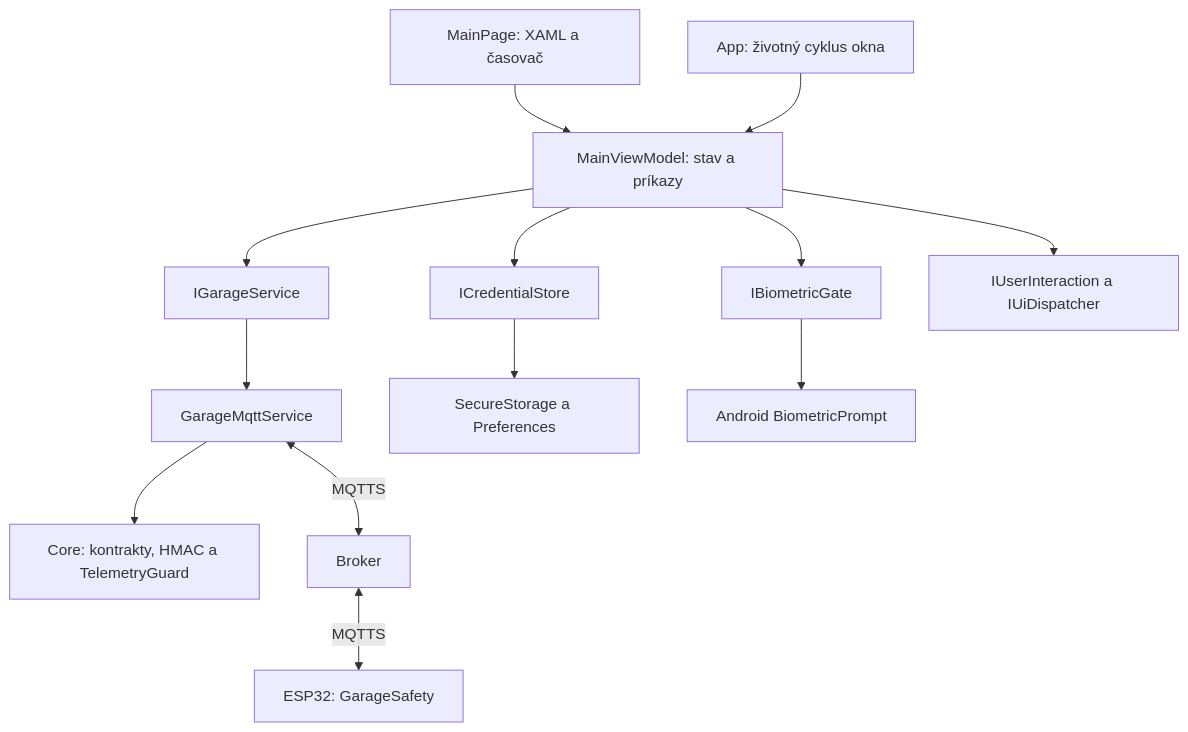
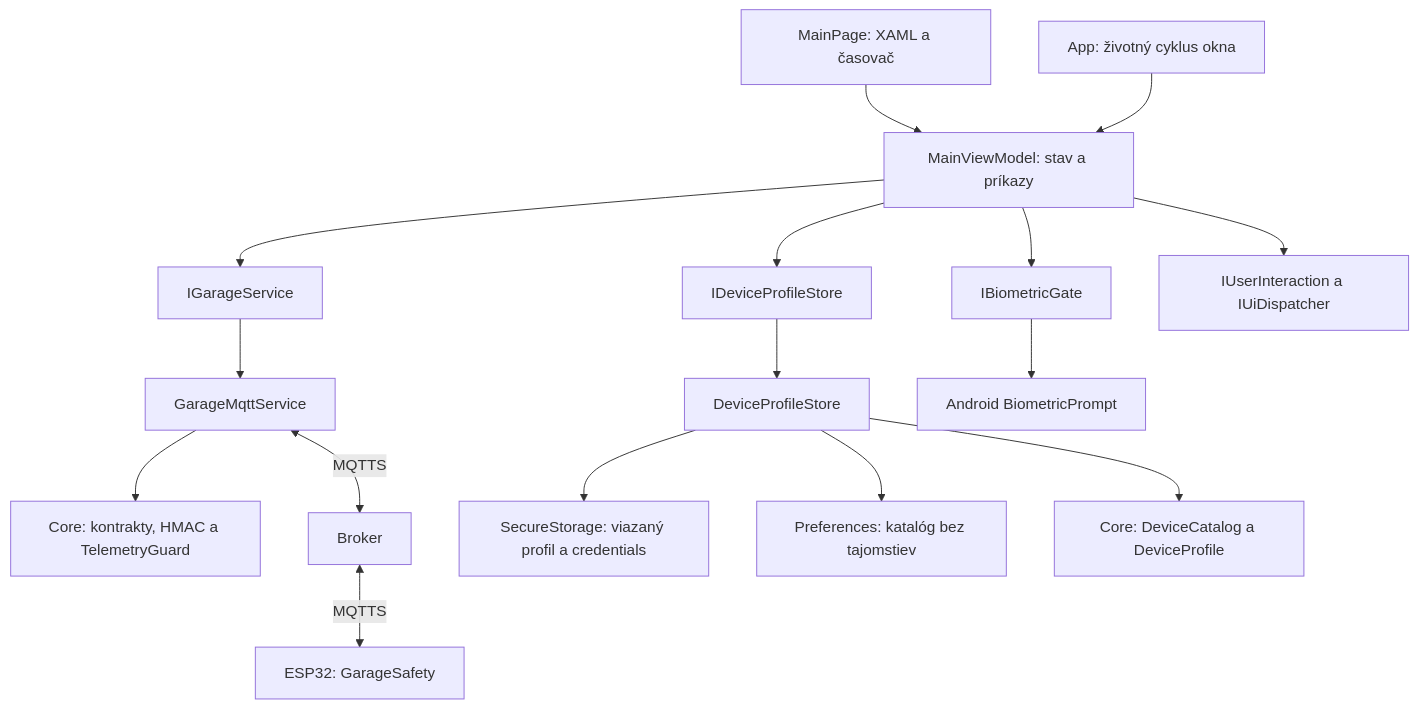
The diagram in docs/ARCHITECTURE.md (JJPukac/AIGarage), drawn with Mermaid before and after one commit. The commit also changed other lines of this file and 28 other files, not shown here.

Commit message:
Add configurable device profiles and isolated session safety

````diff
--- a/docs/ARCHITECTURE.md
+++ b/docs/ARCHITECTURE.md
@@ -9,15 +10,18 @@
 ```mermaid
 flowchart TD
     Page[MainPage: XAML a časovač] --> VM[MainViewModel: stav a príkazy]
     App[App: životný cyklus okna] --> VM
     VM --> Garage[IGarageService]
     Garage --> Mqtt[GarageMqttService]
     Mqtt --> Core[Core: kontrakty, HMAC a TelemetryGuard]
     Mqtt <-->|MQTTS| Broker[Broker]
     Broker <-->|MQTTS| ESP[ESP32: GarageSafety]
-    VM --> Cred[ICredentialStore]
-    Cred --> Secure[SecureStorage a Preferences]
+    VM --> Profiles[IDeviceProfileStore]
+    Profiles --> Store[DeviceProfileStore]
+    Store --> Secure[SecureStorage: viazaný profil a credentials]
+    Store --> Prefs[Preferences: katalóg bez tajomstiev]
+    Store --> Catalog[Core: DeviceCatalog a DeviceProfile]
     VM --> Bio[IBiometricGate]
     Bio --> Android[Android BiometricPrompt]
     VM --> UI[IUserInteraction a IUiDispatcher]
 ```
````
